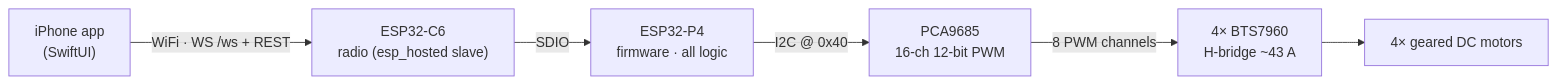
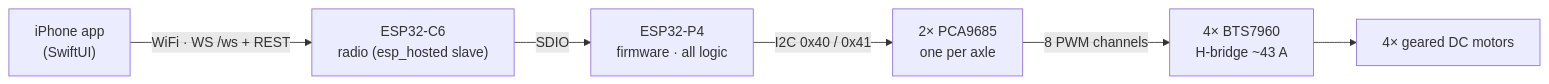
The diagram in README.md (ajohnson-smarthome/AJMiddleCar), drawn with Mermaid before and after one commit. The commit also changed 5 other files, not shown here.

First line of the commit message:
feat(fw): two PCA9685 boards, one per axle

````diff
--- a/README.md
+++ b/README.md
@@ -28,8 +28,8 @@
 ```mermaid
 flowchart LR
     A["iPhone app<br/>(SwiftUI)"] -->|"WiFi · WS /ws + REST"| R["ESP32-C6<br/>radio (esp_hosted slave)"]
     R -->|"SDIO"| B["ESP32-P4<br/>firmware · all logic"]
-    B -->|"I2C @ 0x40"| C["PCA9685<br/>16-ch 12-bit PWM"]
+    B -->|"I2C 0x40 / 0x41"| C["2× PCA9685<br/>one per axle"]
     C -->|"8 PWM channels"| D["4× BTS7960<br/>H-bridge ~43 A"]
     D --> E["4× geared DC motors"]
 ```
````
